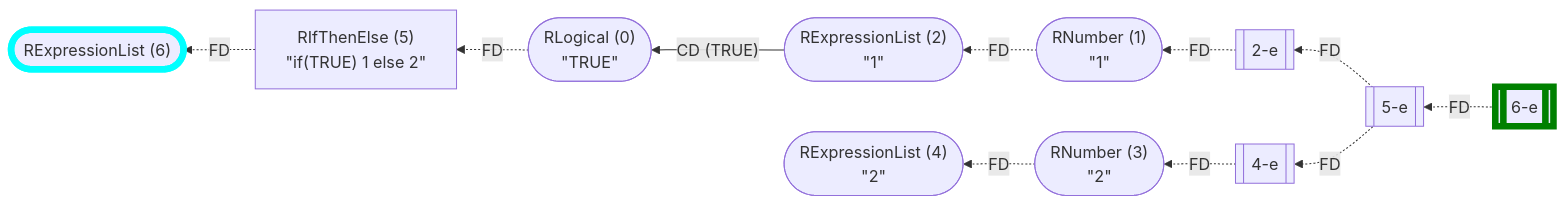
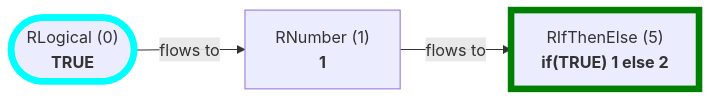
The second of 3 diagrams in wiki/[Query] Control-Flow.md (flowr-analysis/flowr), drawn with Mermaid before and after one commit. The commit also changed other lines of this file and 141 other files, not shown here.

````diff
--- a/wiki/[Query] Control-Flow.md
+++ b/wiki/[Query] Control-Flow.md
@@ -901,31 +403,12 @@
 ```mermaid
-flowchart RL
-    n6(["`RExpressionList (6)`"])
+flowchart LR
+    n0(["`RLogical (0)
+**TRUE**`"])
+    n1["`RNumber (1)
+**1**`"]
     n5["`RIfThenElse (5)
-#34;if(TRUE) 1 else 2#34;`"]
-    n5-e[[5-e]]
-    n0(["`RLogical (0)
-#34;TRUE#34;`"])
-    n2(["`RExpressionList (2)
-#34;1#34;`"])
-    n1(["`RNumber (1)
-#34;1#34;`"])
-    n2-e[[2-e]]
-    n4(["`RExpressionList (4)
-#34;2#34;`"])
-    n3(["`RNumber (3)
-#34;2#34;`"])
-    n4-e[[4-e]]
-    n6-e[[6-e]]
-    n5 -.->|"FD"| n6
-    n1 -.->|"FD"| n2
-    n2-e -.->|"FD"| n1
-    n3 -.->|"FD"| n4
-    n4-e -.->|"FD"| n3
-    n2 -->|"CD (TRUE)"| n0
-    n0 -.->|"FD"| n5
-    n5-e -.->|"FD"| n2-e
-    n5-e -.->|"FD"| n4-e
-    n6-e -.->|"FD"| n5-e
-    style n6 stroke:cyan,stroke-width:6.5px;    style n6-e stroke:green,stroke-width:6.5px;
+**if(TRUE) 1 else 2**`"]
+    n0 -->|"flows to"| n1
+    n1 -->|"flows to"| n5
+    style n0 stroke:cyan,stroke-width:6.5px;    style n5 stroke:green,stroke-width:6.5px;
 ```
````
